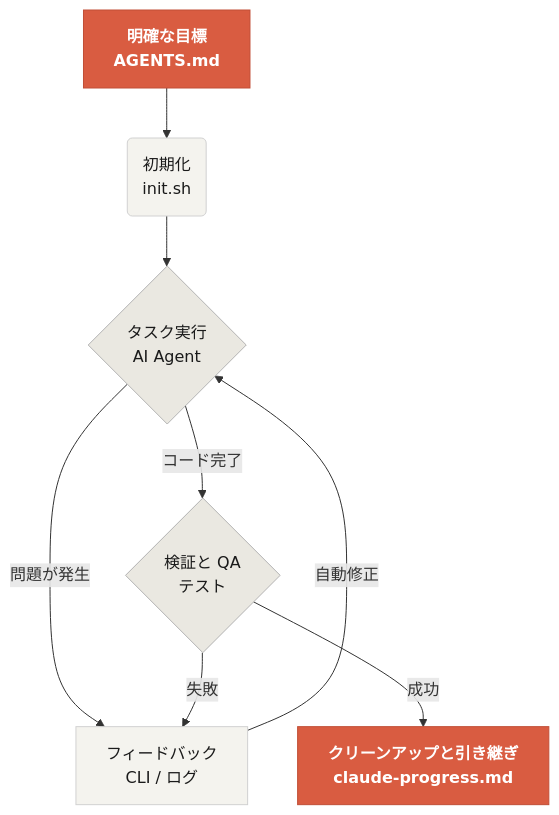
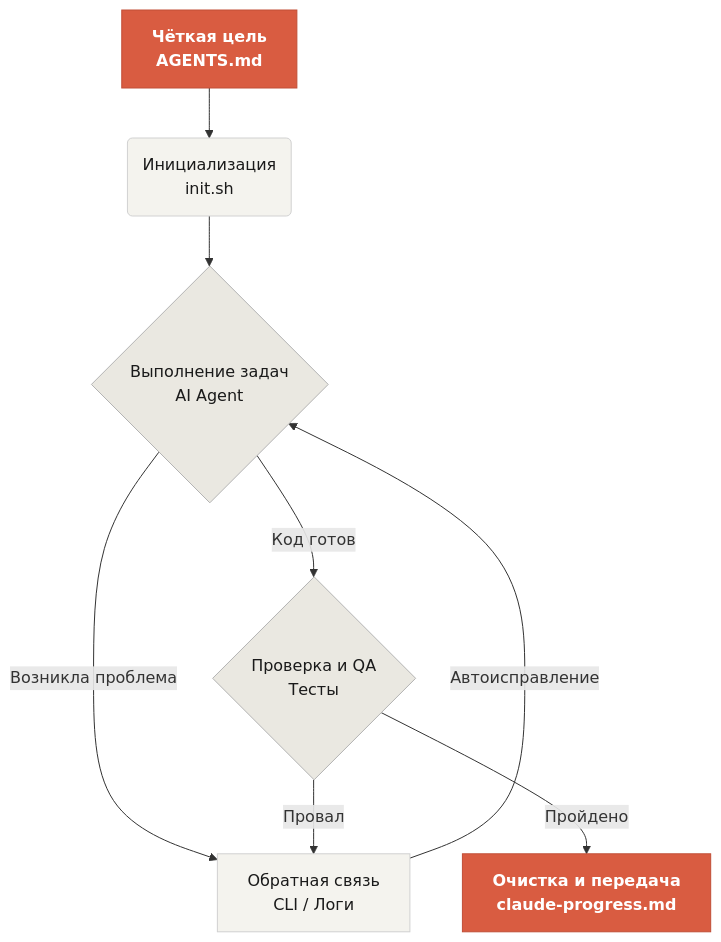
The diagram in docs/ru/index.md (mkusaka/learn-harness-engineering), drawn with Mermaid before and after one commit. The commit also changed other lines of this file and 684 other files, not shown here.

````diff
--- a/docs/ru/index.md
+++ b/docs/ru/index.md
@@ -34,18 +34,18 @@
 ```mermaid
 graph TD
-    A["明確な目標<br/>AGENTS.md"] --> B("初期化<br/>init.sh")
-    B --> C{"タスク実行<br/>AI Agent"}
-    C -->|問題が発生| D["フィードバック<br/>CLI / ログ"]
-    D -->|自動修正| C
-    C -->|コード完了| E{"検証と QA<br/>テスト"}
-    E -->|失敗| D
-    E -->|成功| F["クリーンアップと引き継ぎ<br/>claude-progress.md"]
+    A["Чёткая цель<br/>AGENTS.md"] --> B("Инициализация<br/>init.sh")
+    B --> C{"Выполнение задач<br/>AI Agent"}
+    C -->|Возникла проблема| D["Обратная связь<br/>CLI / Логи"]
+    D -->|Автоисправление| C
+    C -->|Код готов| E{"Проверка и QA<br/>Тесты"}
+    E -->|Провал| D
+    E -->|Пройдено| F["Очистка и передача<br/>claude-progress.md"]
     
     classDef primary fill:#D95C41,stroke:#C14E36,color:#fff,font-weight:bold;
     classDef process fill:#F4F3EE,stroke:#D1D1D1,color:#1A1A1A;
     classDef check fill:#EAE8E1,stroke:#B3B3B3,color:#1A1A1A;
     
     class A,F primary;
     class B,D process;
     class C,E check;
 ```
````
